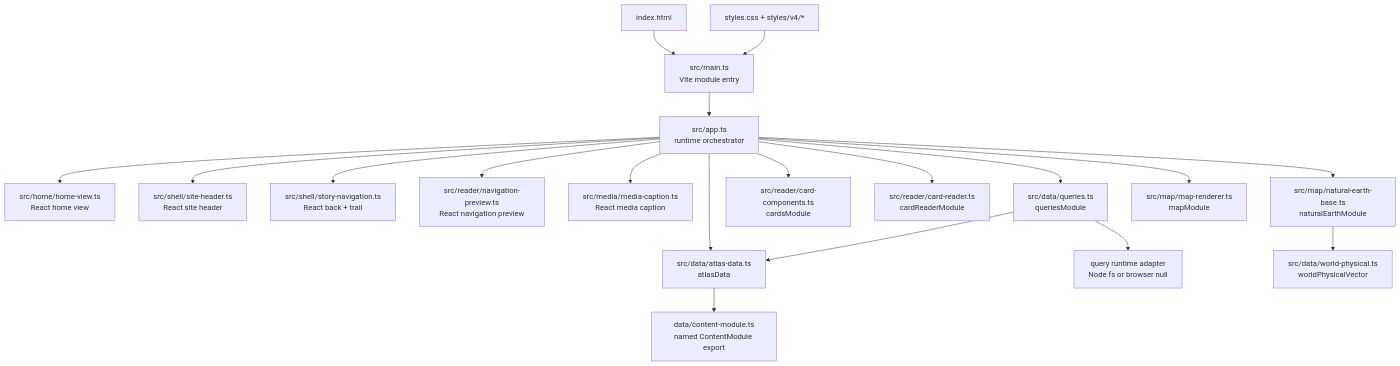
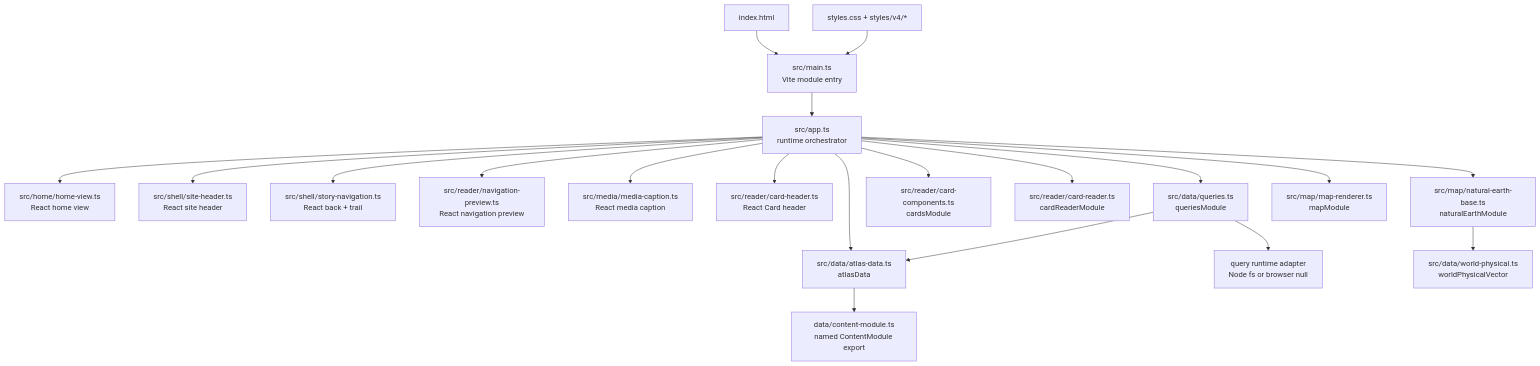
Before and after one commit to jiaxun-li/civilization-wander: the first of 4 diagrams in docs/ARCHITECTURE_AND_DATA_MODEL.md, drawn with Mermaid. The commit also changed other lines of this file and 6 other files, not shown here.

Commit message:
Migrate card headers to React

````diff
--- a/docs/ARCHITECTURE_AND_DATA_MODEL.md
+++ b/docs/ARCHITECTURE_AND_DATA_MODEL.md
@@ -33,21 +33,22 @@
 ```mermaid
 flowchart TD
     HTML["index.html"] --> ENTRY["src/main.ts\nVite module entry"]
     ENTRY --> A["src/app.ts\nruntime orchestrator"]
     A --> H["src/home/home-view.ts\nReact home view"]
     A --> SH["src/shell/site-header.ts\nReact site header"]
     A --> SN["src/shell/story-navigation.ts\nReact back + trail"]
     A --> NP["src/reader/navigation-preview.ts\nReact navigation preview"]
     A --> MC["src/media/media-caption.ts\nReact media caption"]
+    A --> CH["src/reader/card-header.ts\nReact Card header"]
     A --> D["src/data/atlas-data.ts\natlasData"]
     D --> CM["data/content-module.ts\nnamed ContentModule export"]
     Q["src/data/queries.ts\nqueriesModule"] --> D
     Q --> N["query runtime adapter\nNode fs or browser null"]
     A --> Q
     A --> C["src/reader/card-components.ts\ncardsModule"]
     A --> R["src/reader/card-reader.ts\ncardReaderModule"]
     A --> B["src/map/natural-earth-base.ts\nnaturalEarthModule"]
     B --> WP["src/data/world-physical.ts\nworldPhysicalVector"]
     A --> M["src/map/map-renderer.ts\nmapModule"]
     CSS["styles.css + styles/v4/*"] --> ENTRY
 ```
````
